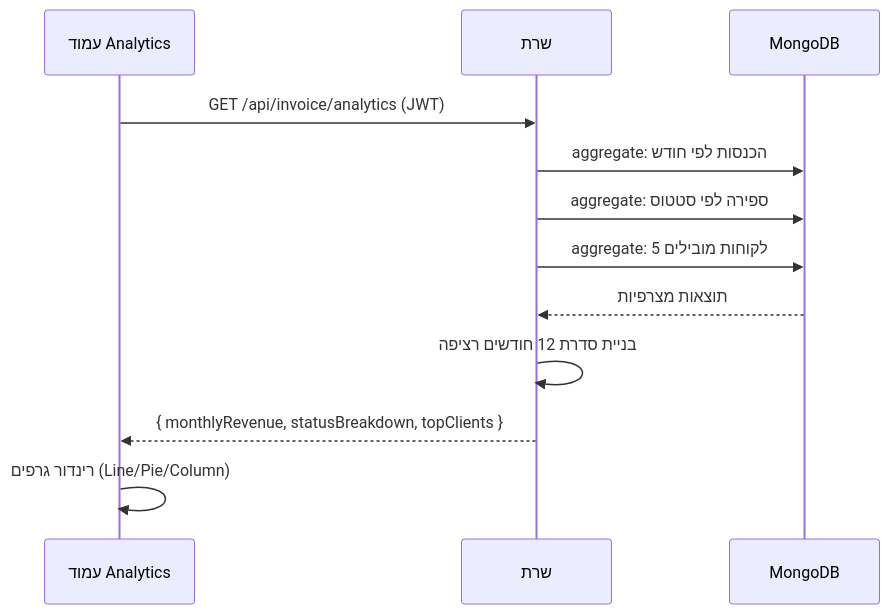
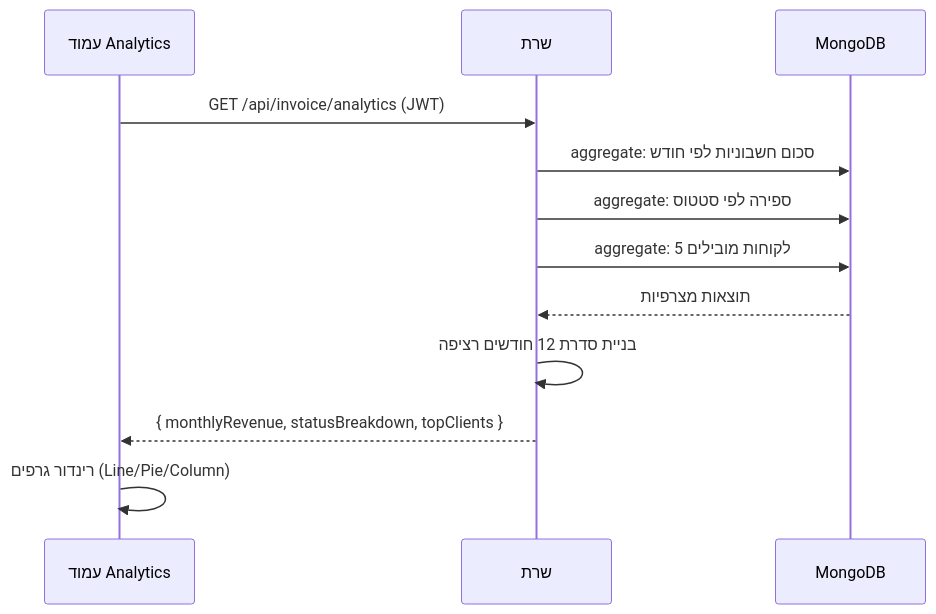
One commit to avivSolomon/fluxCrm changed the third of 5 diagrams in docs/ספר-פרויקט-FluxCRM.md. Above: the diagram before and after it, drawn with Mermaid. The commit also changed other lines of this file and 10 other files, not shown here.

````diff
--- a/docs/ספר-פרויקט-FluxCRM.md
+++ b/docs/ספר-פרויקט-FluxCRM.md
@@ -314,14 +316,14 @@
 ```mermaid
 sequenceDiagram
     participant C as עמוד Analytics
     participant S as שרת
     participant DB as MongoDB
     C->>S: GET /api/invoice/analytics (JWT)
-    S->>DB: aggregate: הכנסות לפי חודש
+    S->>DB: aggregate: סכום חשבוניות לפי חודש
     S->>DB: aggregate: ספירה לפי סטטוס
     S->>DB: aggregate: 5 לקוחות מובילים
     DB-->>S: תוצאות מצרפיות
     S->>S: בניית סדרת 12 חודשים רציפה
     S-->>C: { monthlyRevenue, statusBreakdown, topClients }
     C->>C: רינדור גרפים (Line/Pie/Column)
 ```
````
